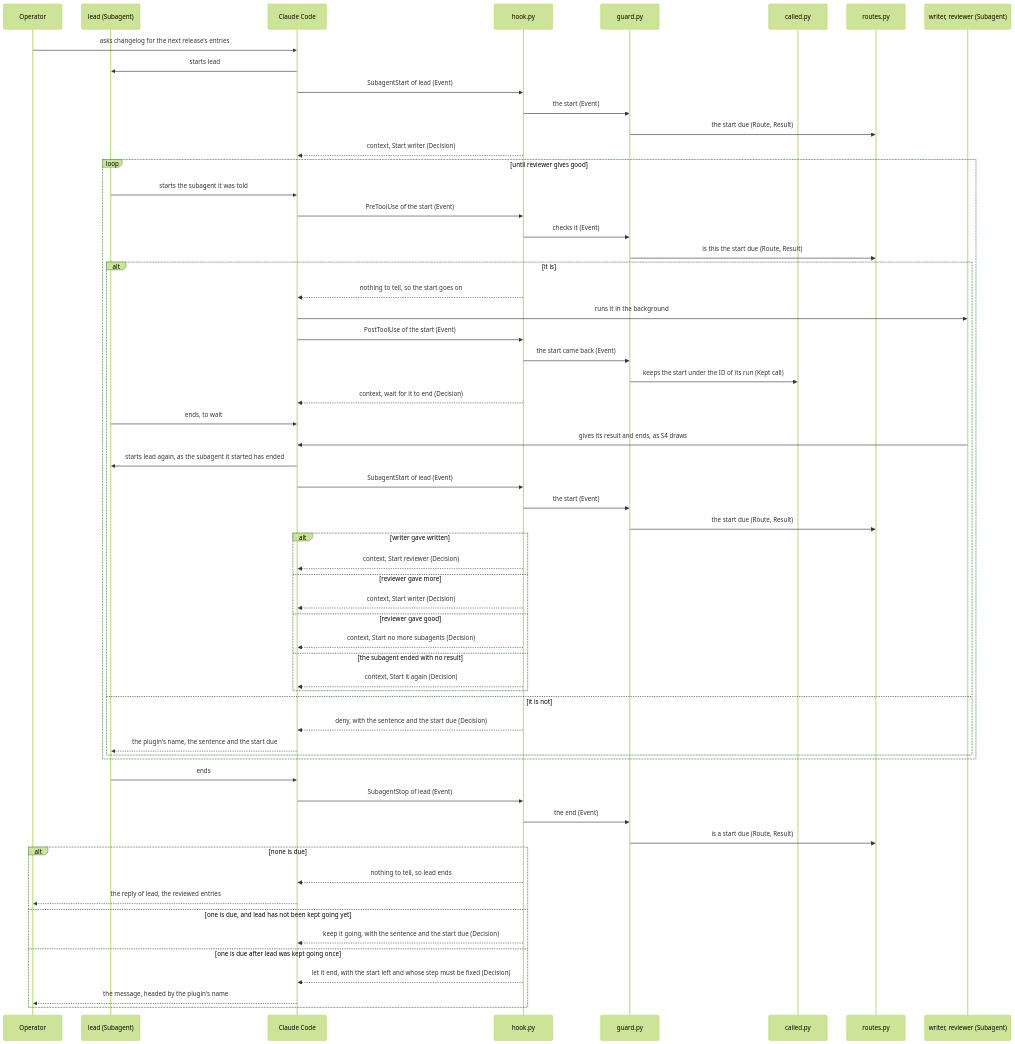
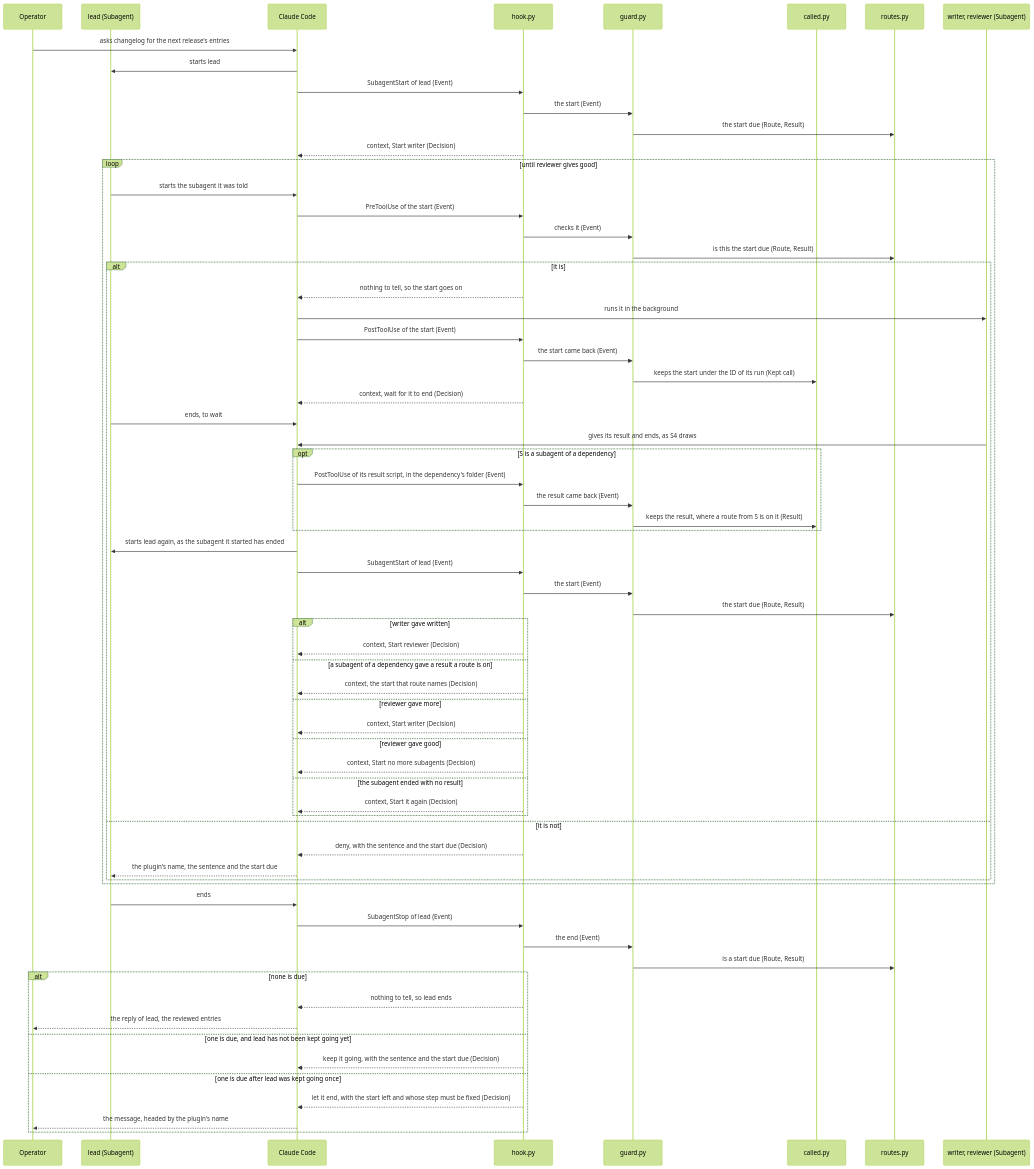
The fifth of 7 diagrams in dev/lane/architecture.md (lovaizu/ccpm), drawn with Mermaid (forest theme) before and after one commit. The commit also changed other lines of this file and 16 other files, not shown here.

````diff
--- a/dev/lane/architecture.md
+++ b/dev/lane/architecture.md
@@ -428,62 +439,69 @@
 ```mermaid
 sequenceDiagram
   participant OP as Operator
   participant O as lead (Subagent)
   participant CC as Claude Code
   participant H as hook.py
   participant G as guard.py
   participant C as called.py
   participant RT as routes.py
   participant S as writer, reviewer (Subagent)
   OP->>CC: asks changelog for the next release's entries
   CC->>O: starts lead
   CC->>H: SubagentStart of lead (Event)
   H->>G: the start (Event)
   G->>RT: the start due (Route, Result)
   H-->>CC: context, Start writer (Decision)
   loop until reviewer gives good
     O->>CC: starts the subagent it was told
     CC->>H: PreToolUse of the start (Event)
     H->>G: checks it (Event)
     G->>RT: is this the start due (Route, Result)
     alt it is
       H-->>CC: nothing to tell, so the start goes on
       CC->>S: runs it in the background
       CC->>H: PostToolUse of the start (Event)
       H->>G: the start came back (Event)
       G->>C: keeps the start under the ID of its run (Kept call)
       H-->>CC: context, wait for it to end (Decision)
       O->>CC: ends, to wait
       S->>CC: gives its result and ends, as S4 draws
+      opt S is a subagent of a dependency
+        CC->>H: PostToolUse of its result script, in the dependency's folder (Event)
+        H->>G: the result came back (Event)
+        G->>C: keeps the result, where a route from S is on it (Result)
+      end
       CC->>O: starts lead again, as the subagent it started has ended
       CC->>H: SubagentStart of lead (Event)
       H->>G: the start (Event)
       G->>RT: the start due (Route, Result)
       alt writer gave written
         H-->>CC: context, Start reviewer (Decision)
+      else a subagent of a dependency gave a result a route is on
+        H-->>CC: context, the start that route names (Decision)
       else reviewer gave more
         H-->>CC: context, Start writer (Decision)
       else reviewer gave good
         H-->>CC: context, Start no more subagents (Decision)
       else the subagent ended with no result
         H-->>CC: context, Start it again (Decision)
       end
     else it is not
       H-->>CC: deny, with the sentence and the start due (Decision)
       CC-->>O: the plugin's name, the sentence and the start due
     end
   end
   O->>CC: ends
   CC->>H: SubagentStop of lead (Event)
   H->>G: the end (Event)
   G->>RT: is a start due (Route, Result)
   alt none is due
     H-->>CC: nothing to tell, so lead ends
     CC-->>OP: the reply of lead, the reviewed entries
   else one is due, and lead has not been kept going yet
     H-->>CC: keep it going, with the sentence and the start due (Decision)
   else one is due after lead was kept going once
     H-->>CC: let it end, with the start left and whose step must be fixed (Decision)
     CC-->>OP: the message, headed by the plugin's name
   end
 ```
````
